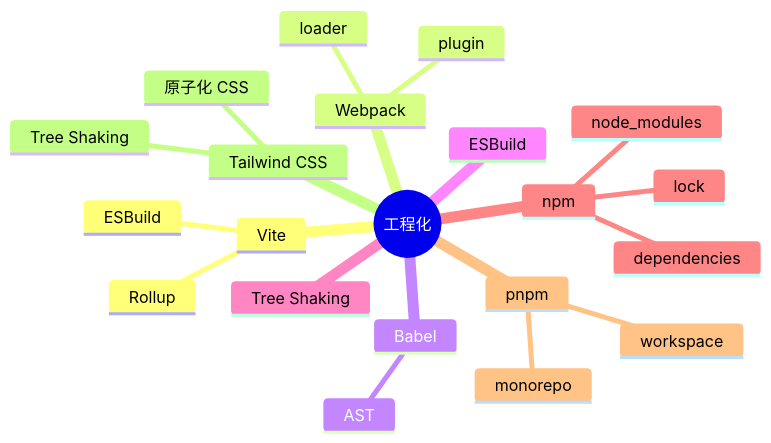
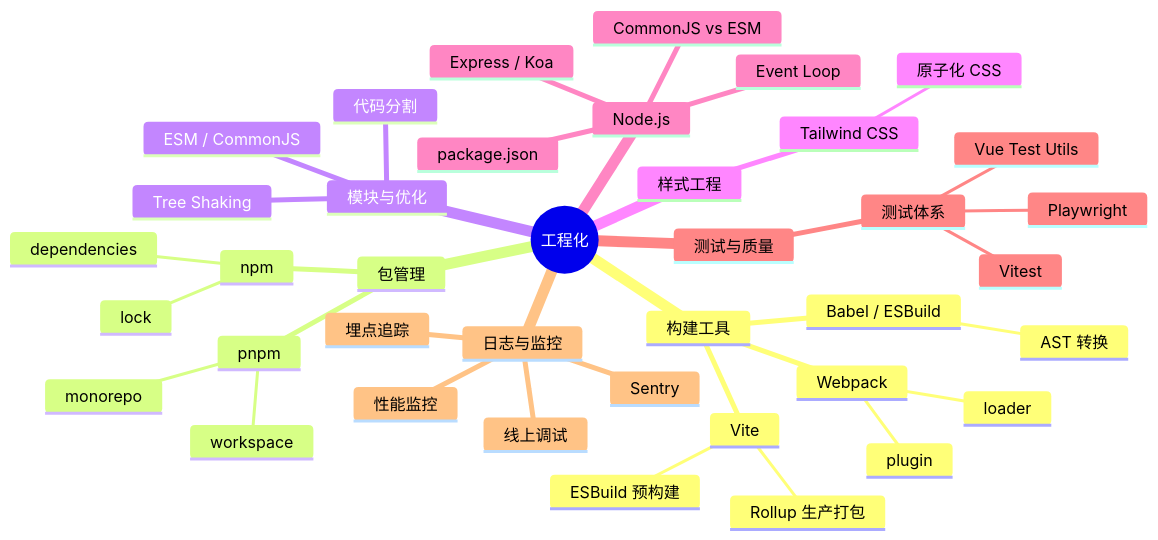
Before and after one commit to zjh42139/interview-notes: the diagram in docs/工程化/index.md, drawn with Mermaid. The commit also changed other lines of this file and 4 other files, not shown here.

First line of the commit message:
refactor: 知识地图全量整理——4模块mindmap缩并+学习顺序修正

````diff
--- a/docs/工程化/index.md
+++ b/docs/工程化/index.md
@@ -17,24 +17,42 @@
 ```mermaid
 mindmap
   root((工程化))
-    Vite
-      ESBuild
-      Rollup
-    Webpack
-      loader
-      plugin
-    Babel
-      AST
-    ESBuild
-    Tree Shaking
-    npm
-      dependencies
-      lock
-      node_modules
-    pnpm
-      workspace
-      monorepo
-    Tailwind CSS
-      原子化 CSS
+    构建工具
+      Vite
+        ESBuild 预构建
+        Rollup 生产打包
+      Webpack
+        loader
+        plugin
+      Babel / ESBuild
+        AST 转换
+    包管理
+      npm
+        dependencies
+        lock
+      pnpm
+        workspace
+        monorepo
+    模块与优化
+      ESM / CommonJS
       Tree Shaking
+      代码分割
+    样式工程
+      Tailwind CSS
+        原子化 CSS
+    Node.js
+      CommonJS vs ESM
+      Express / Koa
+      Event Loop
+      package.json
+    测试与质量
+      测试体系
+        Vitest
+        Vue Test Utils
+        Playwright
+    日志与监控
+      Sentry
+      性能监控
+      埋点追踪
+      线上调试
 ```
````
